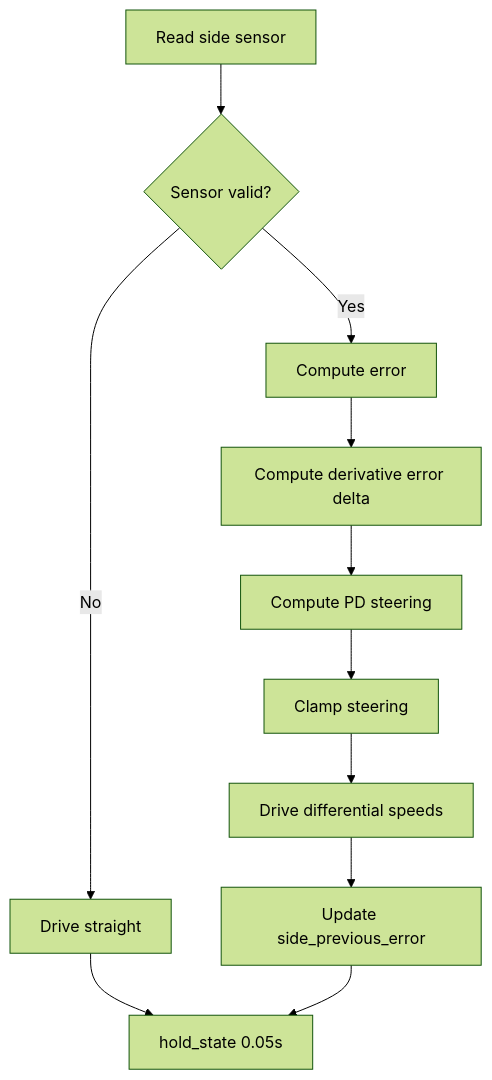
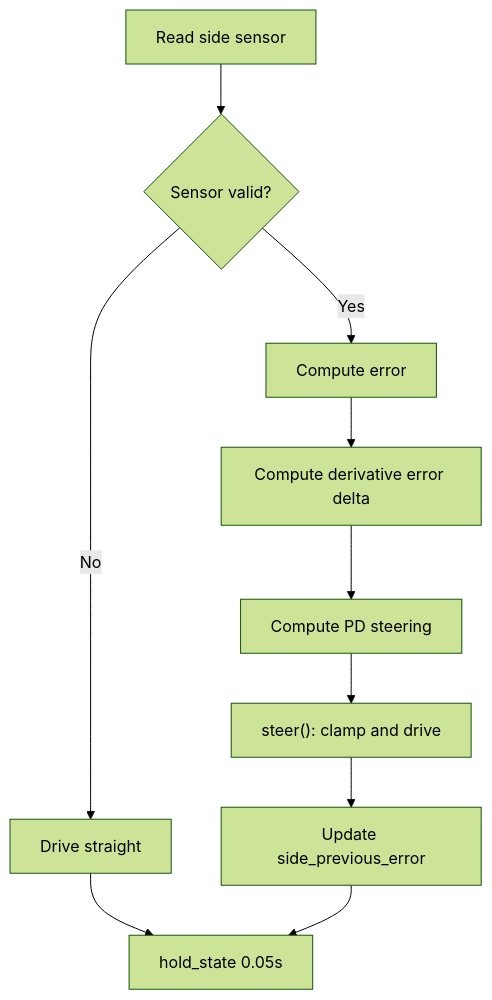
The diagram in docs/Challenge_2.md (TempeHS/RP2040_Competition_Robot), drawn with Mermaid (forest theme) before and after one commit. The commit also changed other lines of this file and 22 other files, not shown here.

````diff
--- a/docs/Challenge_2.md
+++ b/docs/Challenge_2.md
@@ -48,13 +48,12 @@
 ```mermaid
 flowchart TD
     A[Read side sensor] --> B{Sensor valid?}
     B -- No --> C[Drive straight]
     C --> J[hold_state 0.05s]
     B -- Yes --> D[Compute error]
     D --> E[Compute derivative error delta]
     E --> F[Compute PD steering]
-    F --> G[Clamp steering]
-    G --> H[Drive differential speeds]
-    H --> I[Update side_previous_error]
+    F --> G["steer(): clamp and drive"]
+    G --> I[Update side_previous_error]
     I --> J
 ```
````
